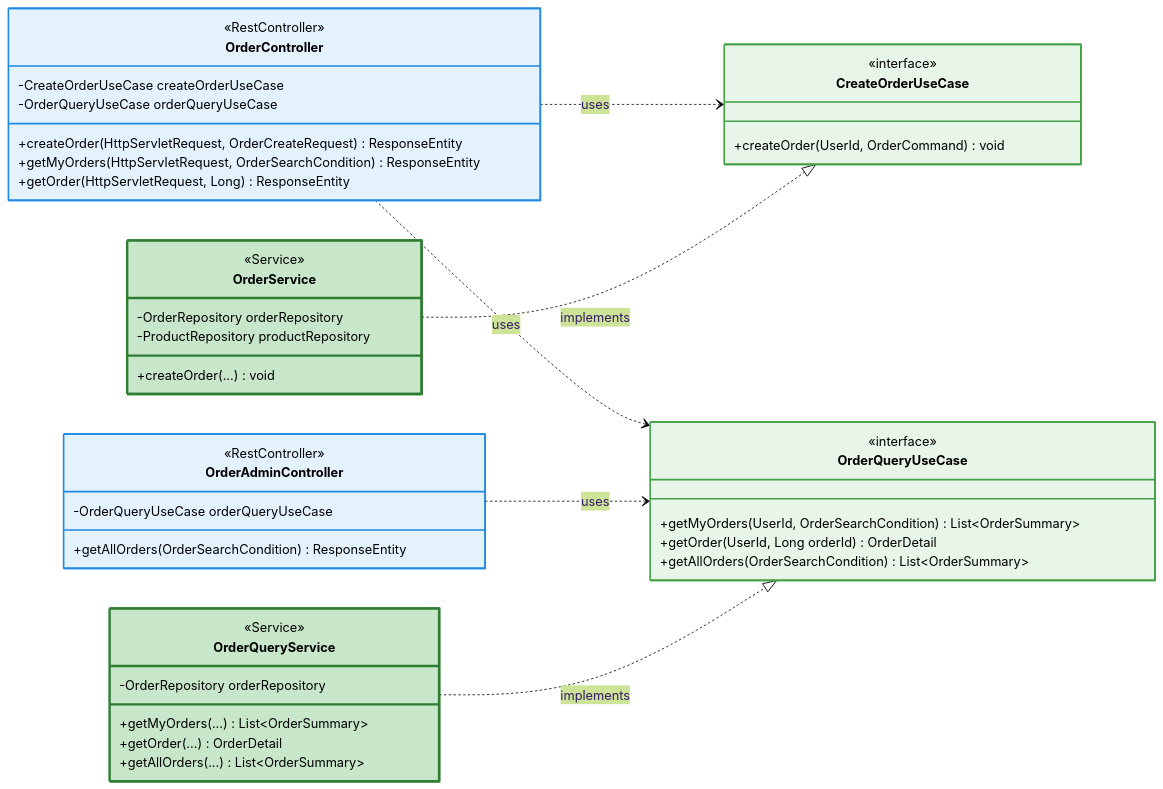
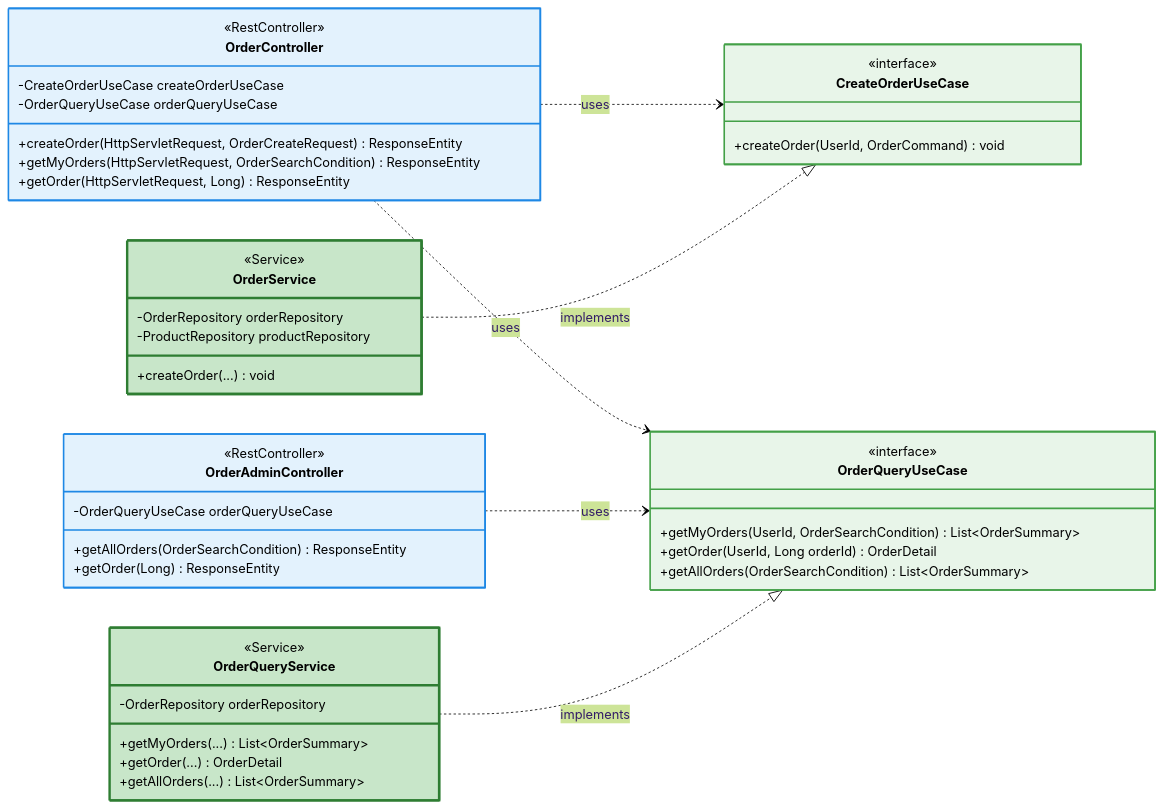
Before and after one commit to ukukdin/loop-pack-be-l2-vol3-java: diagram 13 of 15 in .docs/design/03-class-diagram.md, drawn with Mermaid (forest theme). The commit also changed other lines of this file and 2 other files, not shown here.

````diff
--- a/.docs/design/03-class-diagram.md
+++ b/.docs/design/03-class-diagram.md
@@ -1136,56 +1139,57 @@
 ```mermaid
 classDiagram
     direction LR
 
     class OrderController {
         <<RestController>>
         -CreateOrderUseCase createOrderUseCase
         -OrderQueryUseCase orderQueryUseCase
         +createOrder(HttpServletRequest, OrderCreateRequest) ResponseEntity
         +getMyOrders(HttpServletRequest, OrderSearchCondition) ResponseEntity
         +getOrder(HttpServletRequest, Long) ResponseEntity
     }
     class OrderAdminController {
         <<RestController>>
         -OrderQueryUseCase orderQueryUseCase
         +getAllOrders(OrderSearchCondition) ResponseEntity
+        +getOrder(Long) ResponseEntity
     }
 
     class CreateOrderUseCase {
         <<interface>>
         +createOrder(UserId, OrderCommand) void
     }
     class OrderQueryUseCase {
         <<interface>>
         +getMyOrders(UserId, OrderSearchCondition) List~OrderSummary~
         +getOrder(UserId, Long orderId) OrderDetail
         +getAllOrders(OrderSearchCondition) List~OrderSummary~
     }
     class OrderService {
         <<Service>>
         -OrderRepository orderRepository
         -ProductRepository productRepository
         +createOrder(...) void
     }
     class OrderQueryService {
         <<Service>>
         -OrderRepository orderRepository
         +getMyOrders(...) List~OrderSummary~
         +getOrder(...) OrderDetail
         +getAllOrders(...) List~OrderSummary~
     }
 
     OrderController ..> CreateOrderUseCase : uses
     OrderController ..> OrderQueryUseCase : uses
     OrderAdminController ..> OrderQueryUseCase : uses
 
     OrderService ..|> CreateOrderUseCase : implements
     OrderQueryService ..|> OrderQueryUseCase : implements
 
     style OrderController fill:#e3f2fd,stroke:#1e88e5,stroke-width:2px,color:#000
     style OrderAdminController fill:#e3f2fd,stroke:#1e88e5,stroke-width:2px,color:#000
     style CreateOrderUseCase fill:#e8f5e9,stroke:#43a047,stroke-width:2px,color:#000
     style OrderQueryUseCase fill:#e8f5e9,stroke:#43a047,stroke-width:2px,color:#000
     style OrderService fill:#c8e6c9,stroke:#2e7d32,stroke-width:3px,color:#000
     style OrderQueryService fill:#c8e6c9,stroke:#2e7d32,stroke-width:3px,color:#000
 ```
````
